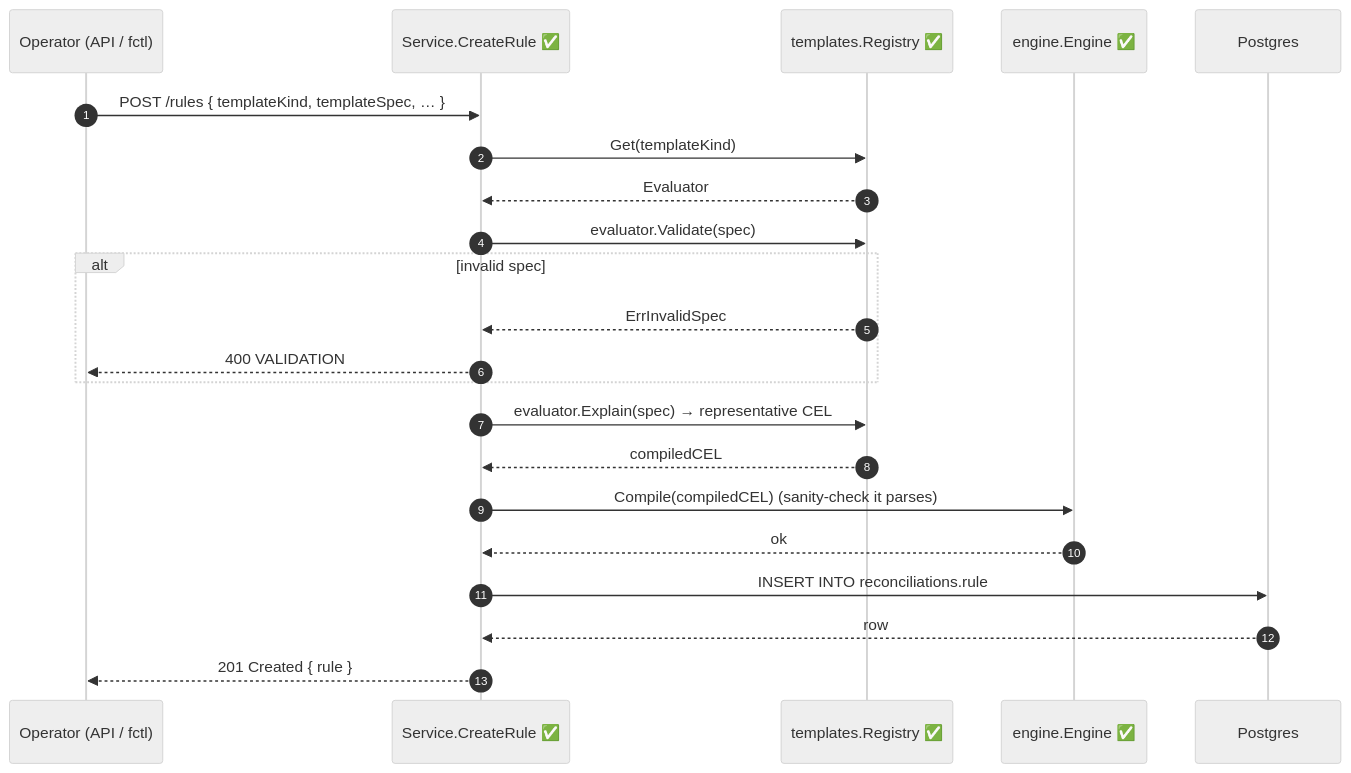
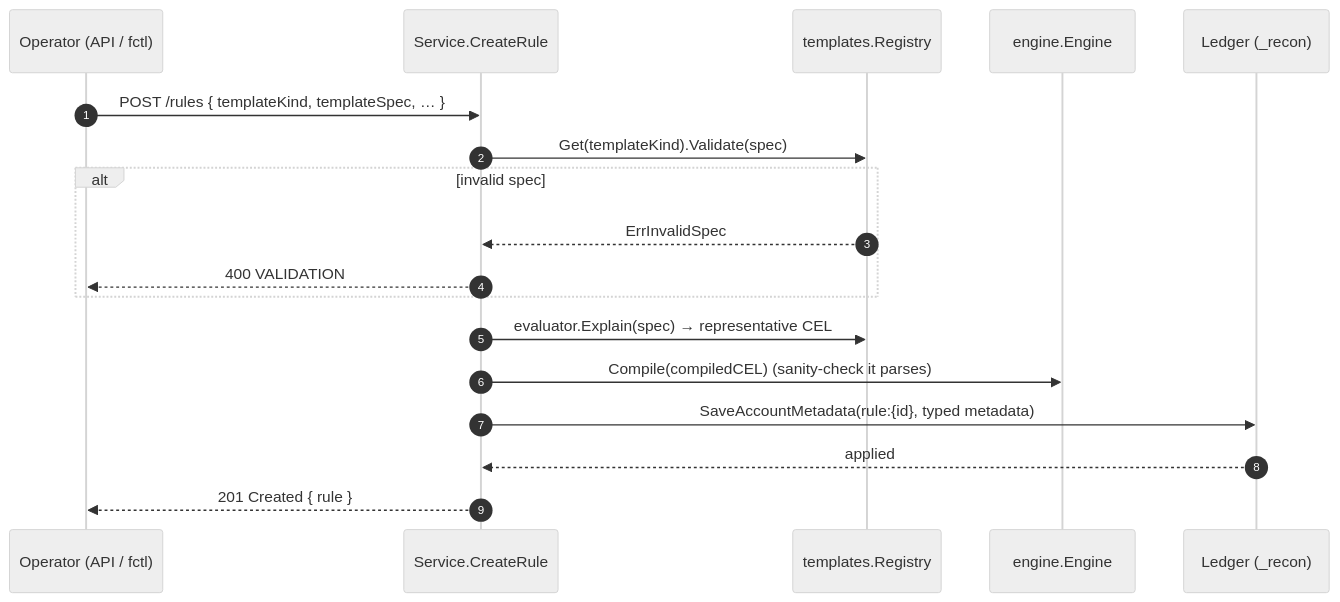
Before and after one commit to formancehq/reconciliation: the first of 7 diagrams in docs/technical/workflows.md, drawn with Mermaid (neutral theme). The commit also changed other lines of this file and 10 other files, not shown here.

````diff
--- a/docs/technical/workflows.md
+++ b/docs/technical/workflows.md
@@ -17,25 +20,21 @@
 ```mermaid
 sequenceDiagram
     autonumber
-    participant U  as Operator (API / fctl)
-    participant Svc as Service.CreateRule ✅
-    participant Reg as templates.Registry ✅
-    participant Eng as engine.Engine ✅
-    participant DB  as Postgres
+    participant U   as Operator (API / fctl)
+    participant Svc as Service.CreateRule
+    participant Reg as templates.Registry
+    participant Eng as engine.Engine
+    participant L   as Ledger (_recon)
 
     U->>Svc: POST /rules { templateKind, templateSpec, … }
-    Svc->>Reg: Get(templateKind)
-    Reg-->>Svc: Evaluator
-    Svc->>Reg: evaluator.Validate(spec)
+    Svc->>Reg: Get(templateKind).Validate(spec)
     alt invalid spec
         Reg-->>Svc: ErrInvalidSpec
         Svc-->>U: 400 VALIDATION
     end
     Svc->>Reg: evaluator.Explain(spec) → representative CEL
-    Reg-->>Svc: compiledCEL
     Svc->>Eng: Compile(compiledCEL)  (sanity-check it parses)
-    Eng-->>Svc: ok
-    Svc->>DB: INSERT INTO reconciliations.rule
-    DB-->>Svc: row
+    Svc->>L: SaveAccountMetadata(rule:{id}, typed metadata)
+    L-->>Svc: applied
     Svc-->>U: 201 Created { rule }
 ```
````
